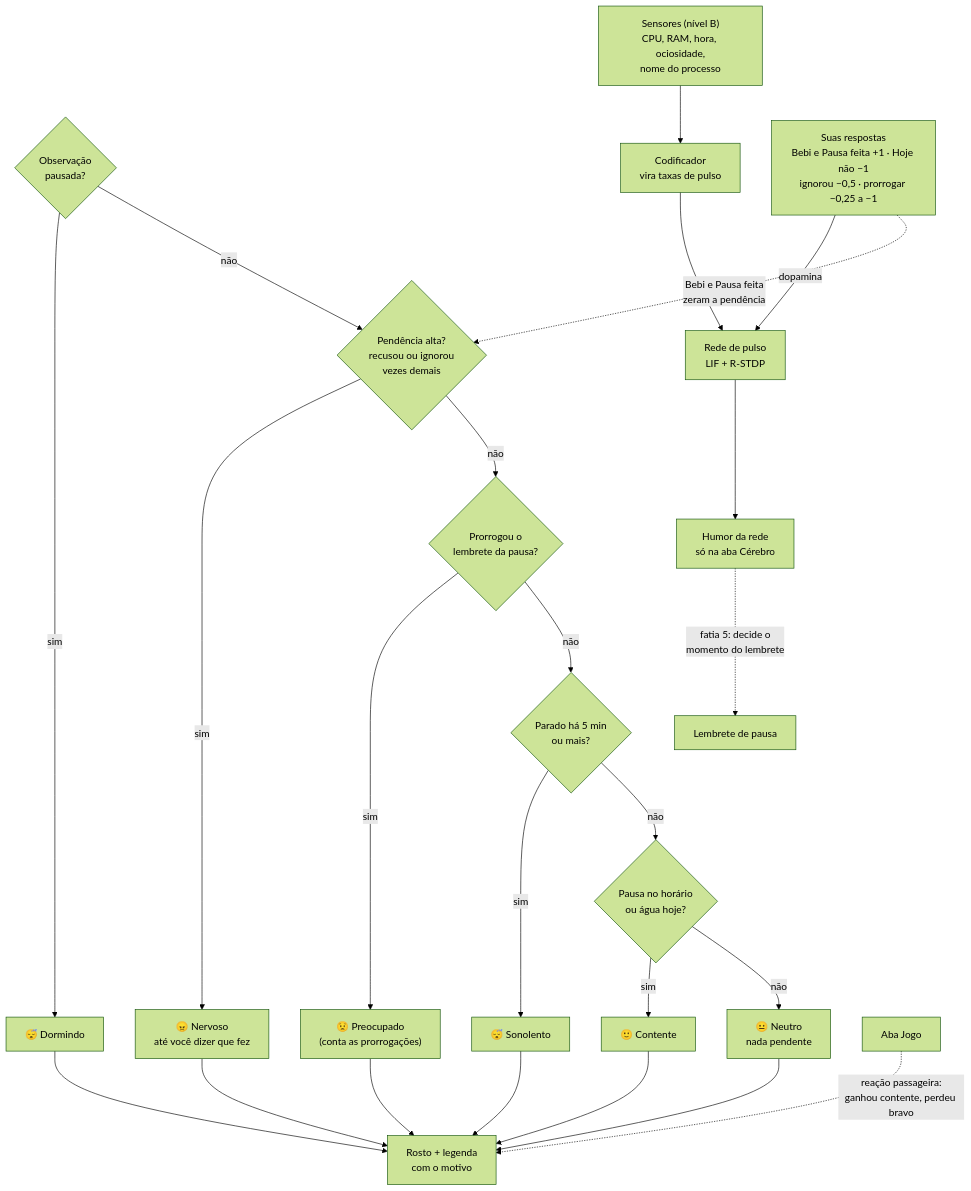
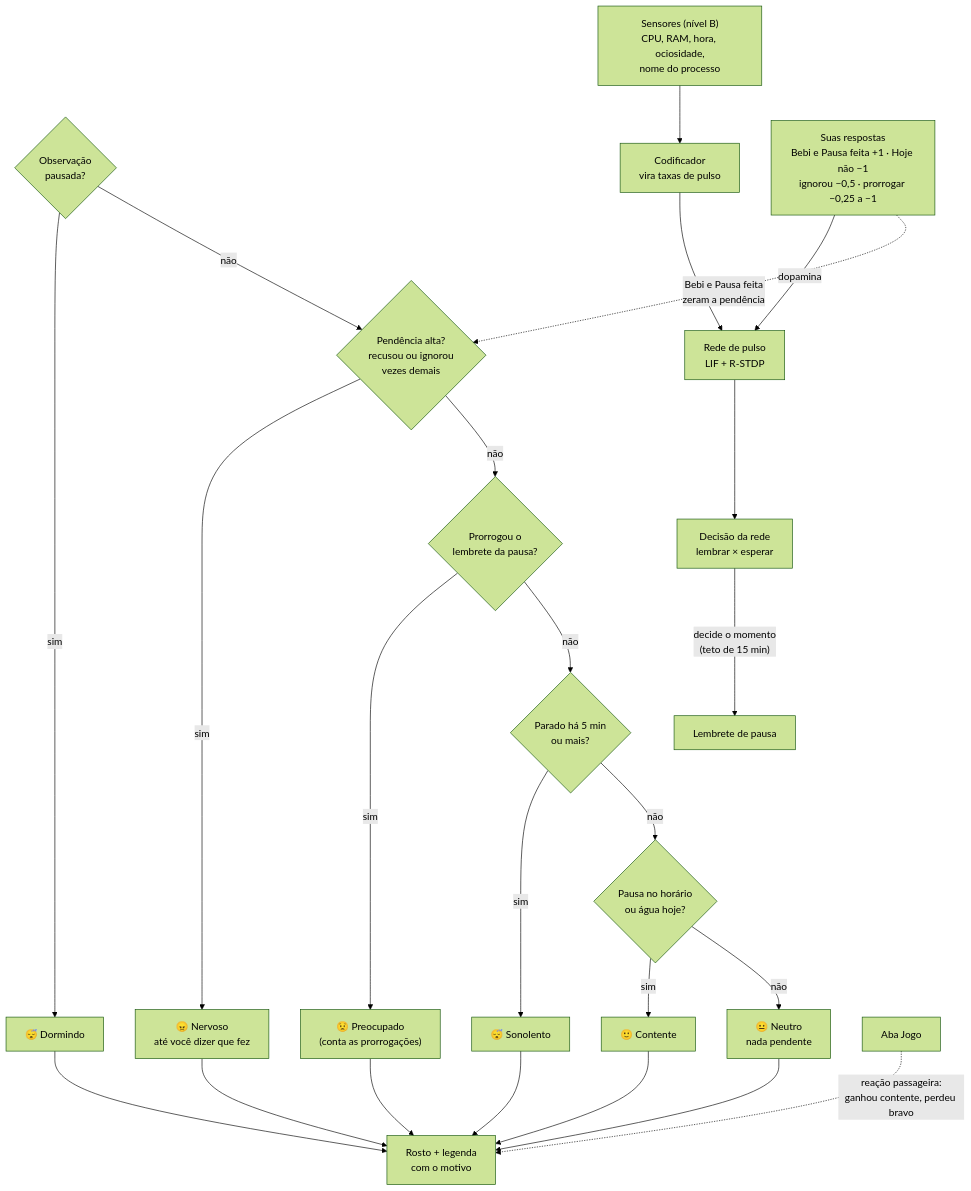
The diagram in README.md (AndreiBataglia/pulso), drawn with Mermaid (forest theme) before and after one commit. The commit also changed other lines of this file and 31 other files, not shown here.

First line of the commit message:
feat: a rede decide o momento do lembrete da pausa (etapa 7, fatia 5)

````diff
--- a/README.md
+++ b/README.md
@@ -72,31 +76,31 @@
 ```mermaid
 flowchart TD
     PV{"Observação<br/>pausada?"} -- sim --> Z["😴 Dormindo"]
     PV -- não --> R1
 
     R1{"Pendência alta?<br/>recusou ou ignorou<br/>vezes demais"} -- sim --> NV["😠 Nervoso<br/>até você dizer que fez"]
     R1 -- não --> R2{"Prorrogou o<br/>lembrete da pausa?"}
     R2 -- sim --> PR["😟 Preocupado<br/>(conta as prorrogações)"]
     R2 -- não --> R3{"Parado há 5 min<br/>ou mais?"}
     R3 -- sim --> SO["😴 Sonolento"]
     R3 -- não --> R4{"Pausa no horário<br/>ou água hoje?"}
     R4 -- sim --> CO["🙂 Contente"]
     R4 -- não --> NE["😐 Neutro<br/>nada pendente"]
 
     NV --> F["Rosto + legenda<br/>com o motivo"]
     PR --> F
     SO --> F
     CO --> F
     NE --> F
     Z --> F
 
     G["Aba Jogo"] -. "reação passageira:<br/>ganhou contente, perdeu bravo" .-> F
 
     S["Sensores (nível B)<br/>CPU, RAM, hora, ociosidade,<br/>nome do processo"] --> E["Codificador<br/>vira taxas de pulso"]
     E --> N["Rede de pulso<br/>LIF + R-STDP"]
-    N --> D["Humor da rede<br/>só na aba Cérebro"]
-    D -. "fatia 5: decide o<br/>momento do lembrete" .-> L["Lembrete de pausa"]
+    N --> D["Decisão da rede<br/>lembrar × esperar"]
+    D -- "decide o momento<br/>(teto de 15 min)" --> L["Lembrete de pausa"]
 
     A["Suas respostas<br/>Bebi e Pausa feita +1 · Hoje não −1<br/>ignorou −0,5 · prorrogar −0,25 a −1"] -- dopamina --> N
     A -. "Bebi e Pausa feita<br/>zeram a pendência" .-> R1
 ```
````
